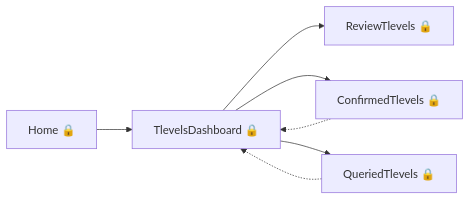
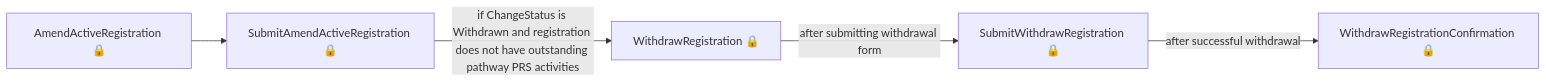
Before and after one commit to talentconsulting/atlas-dfe: the second of 11 diagrams in tl-results-and-certification/user-journeys/user-journeys.md, drawn with Mermaid. The commit also changed other lines of this file and 22 other files, not shown here.

````diff
--- a/tl-results-and-certification/user-journeys/user-journeys.md
+++ b/tl-results-and-certification/user-journeys/user-journeys.md
@@ -38,9 +36,7 @@
 ```mermaid
 flowchart LR
-  p0["Home 🔒"] --> p1["TlevelsDashboard 🔒"]
-  p1["TlevelsDashboard 🔒"] --> p2["ReviewTlevels 🔒"]
-  p1["TlevelsDashboard 🔒"] --> p3["ConfirmedTlevels 🔒"]
-  p3["ConfirmedTlevels 🔒"] -.-> p1["TlevelsDashboard 🔒"]
-  p1["TlevelsDashboard 🔒"] --> p4["QueriedTlevels 🔒"]
-  p4["QueriedTlevels 🔒"] -.-> p1["TlevelsDashboard 🔒"]
+  p0["AmendActiveRegistration 🔒"] --> p1["SubmitAmendActiveRegistration 🔒"]
+  p1["SubmitAmendActiveRegistration 🔒"] -->|"if ChangeStatus is Withdrawn and registration does not have outstanding pathway PRS activities"| p2["WithdrawRegistration 🔒"]
+  p2["WithdrawRegistration 🔒"] -->|"after submitting withdrawal form"| p3["SubmitWithdrawRegistration 🔒"]
+  p3["SubmitWithdrawRegistration 🔒"] -->|"after successful withdrawal"| p4["WithdrawRegistrationConfirmation 🔒"]
 ```
````
